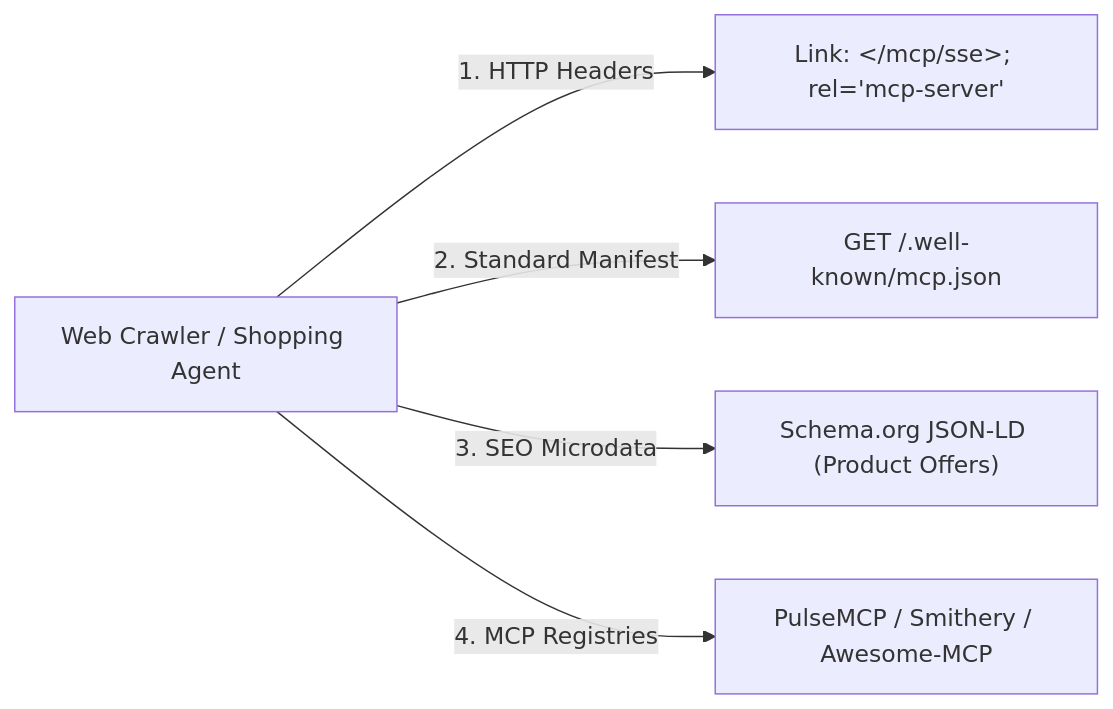
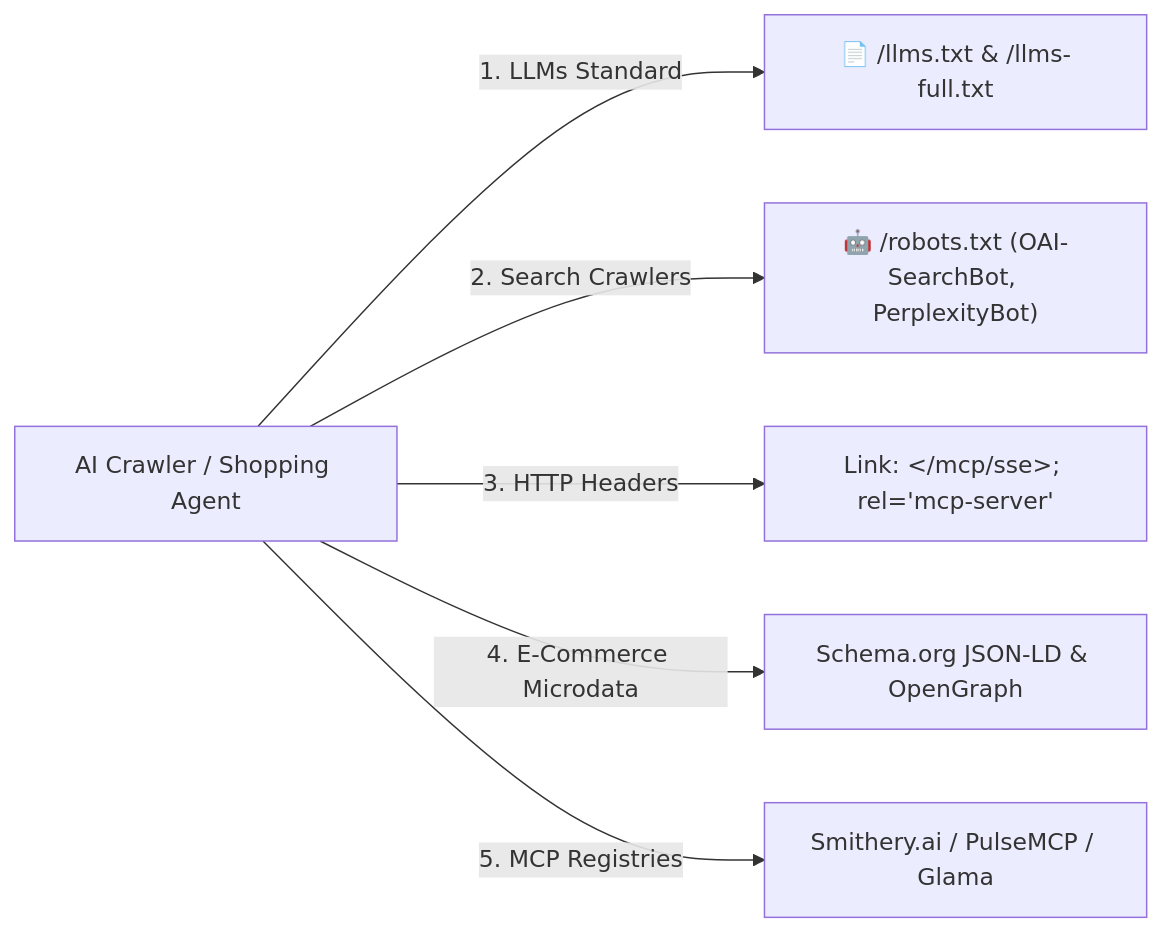
Before and after one commit to mario-ezquerro/mcp-collector: the diagram in docs/agent-discovery.md, drawn with Mermaid. The commit also changed other lines of this file and 3 other files, not shown here.

````diff
--- a/docs/agent-discovery.md
+++ b/docs/agent-discovery.md
@@ -9,7 +9,8 @@
 ```mermaid
 flowchart LR
-    Crawler[Web Crawler / Shopping Agent] -->|1. HTTP Headers| LinkHeader["Link: &lt;/mcp/sse&gt;; rel='mcp-server'"]
-    Crawler -->|2. Standard Manifest| Manifest["GET /.well-known/mcp.json"]
-    Crawler -->|3. SEO Microdata| Schema["Schema.org JSON-LD (Product Offers)"]
-    Crawler -->|4. MCP Registries| Registries["PulseMCP / Smithery / Awesome-MCP"]
+    Crawler[AI Crawler / Shopping Agent] -->|1. LLMs Standard| LLMsTxt["📄 /llms.txt & /llms-full.txt"]
+    Crawler -->|2. Search Crawlers| Robots["🤖 /robots.txt (OAI-SearchBot, PerplexityBot)"]
+    Crawler -->|3. HTTP Headers| LinkHeader["Link: &lt;/mcp/sse&gt;; rel='mcp-server'"]
+    Crawler -->|4. E-Commerce Microdata| Schema["Schema.org JSON-LD & OpenGraph"]
+    Crawler -->|5. MCP Registries| Registries["Smithery.ai / PulseMCP / Glama"]
 ```
````
